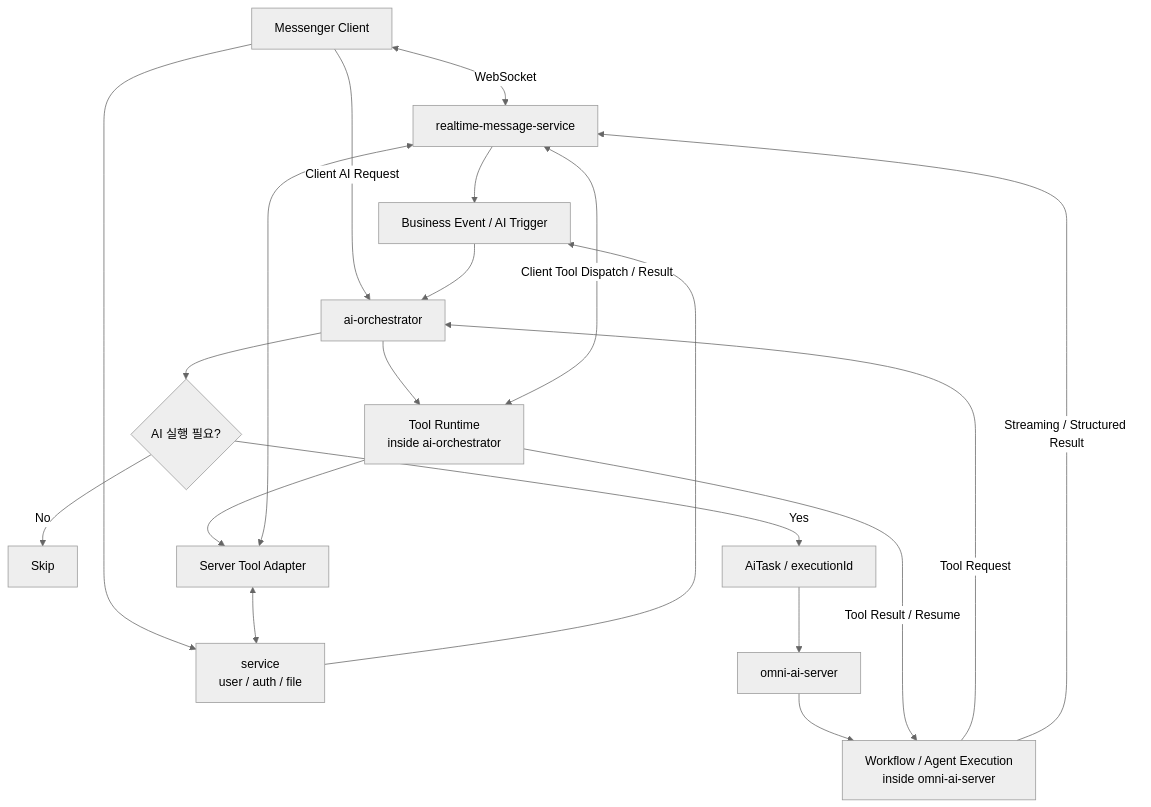
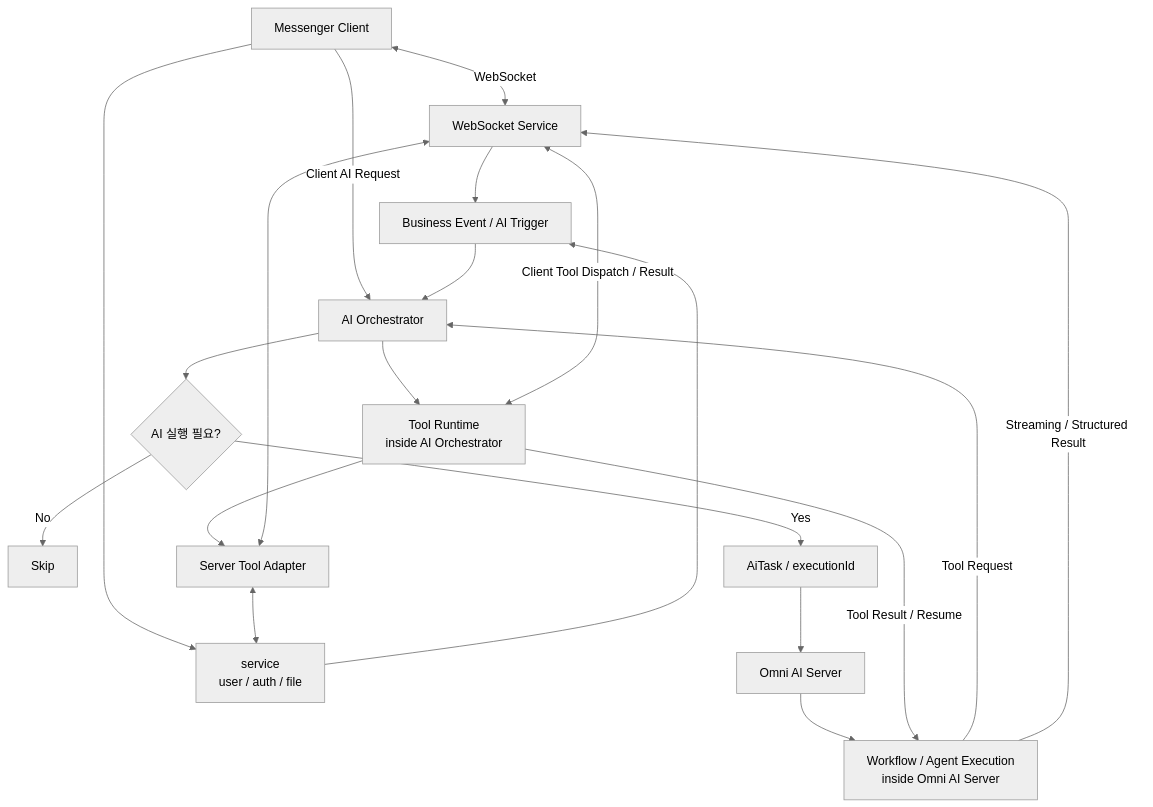
One commit to kipo3195/omni-ai-architecture changed the diagram in README.md. Above: the diagram before and after it, drawn with Mermaid (neutral theme). The commit also changed other lines of this file and 15 other files, not shown here.

````diff
--- a/README.md
+++ b/README.md
@@ -92,27 +94,27 @@
 ```mermaid
 flowchart TD
-    A[Messenger Client] <-->|WebSocket| B[realtime-message-service]
-    A -->|Client AI Request| G[ai-orchestrator]
+    A[Messenger Client] <-->|WebSocket| B[WebSocket Service]
+    A -->|Client AI Request| G[AI Orchestrator]
     A --> C[service<br/> user / auth / file]
 
     C --> F[Business Event / AI Trigger]
     B --> F
     F --> G
 
     G --> H{AI 실행 필요?}
     H -- No --> I[Skip]
     H -- Yes --> J[AiTask / executionId]
-    J --> K[omni-ai-server]
+    J --> K[Omni AI Server]
 
-    K --> M[Workflow / Agent Execution <br/> inside omni-ai-server]
+    K --> M[Workflow / Agent Execution <br/> inside Omni AI Server]
     M -->|Tool Request| G
-    G --> L[Tool Runtime<br/>inside ai-orchestrator]
+    G --> L[Tool Runtime<br/>inside AI Orchestrator]
     L --> N[Server Tool Adapter]
     N <--> B
     N <--> C
 
     L <-->|Client Tool Dispatch / Result| B
     L -->|Tool Result / Resume| M
 
     M -->|Streaming / Structured Result| B
 ```
````
